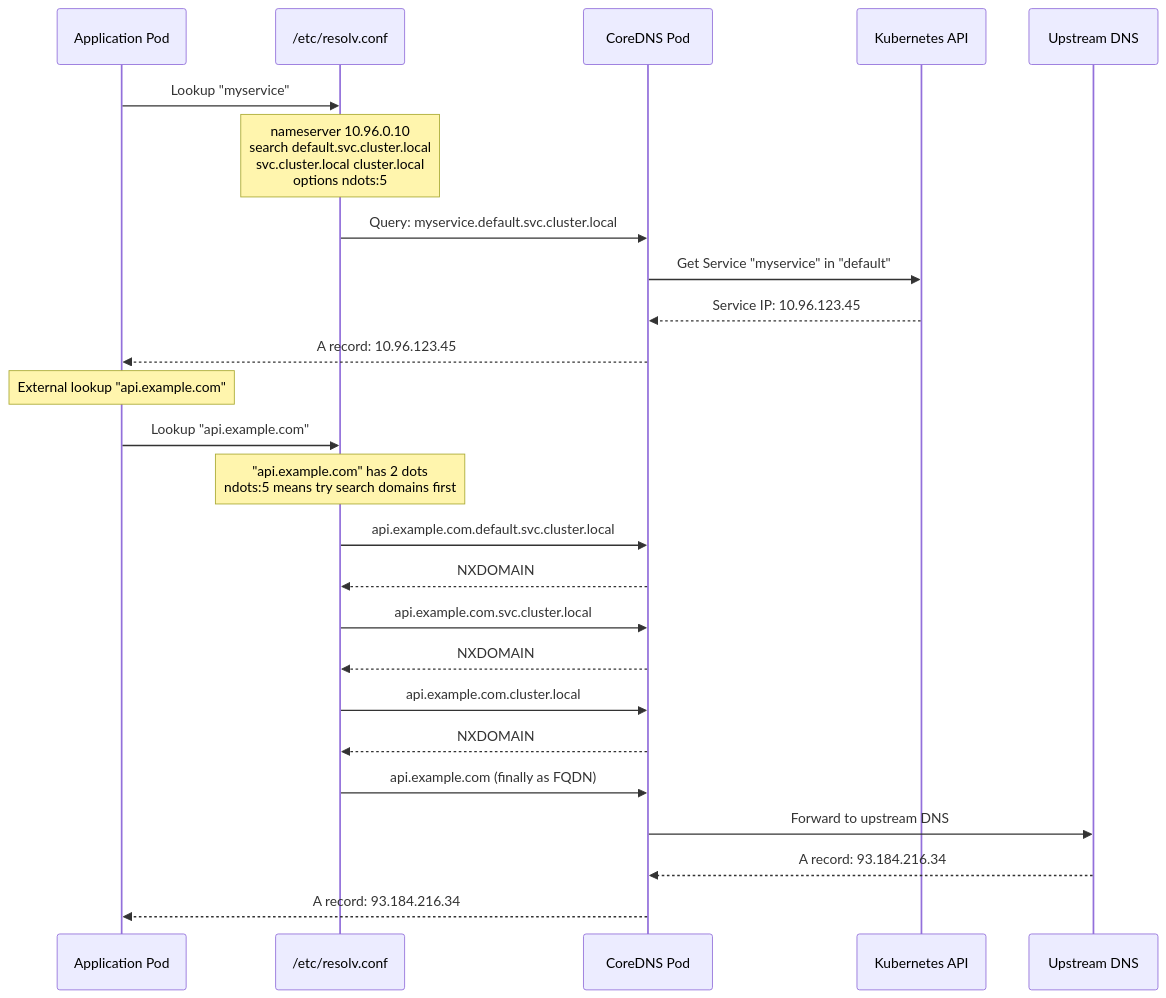
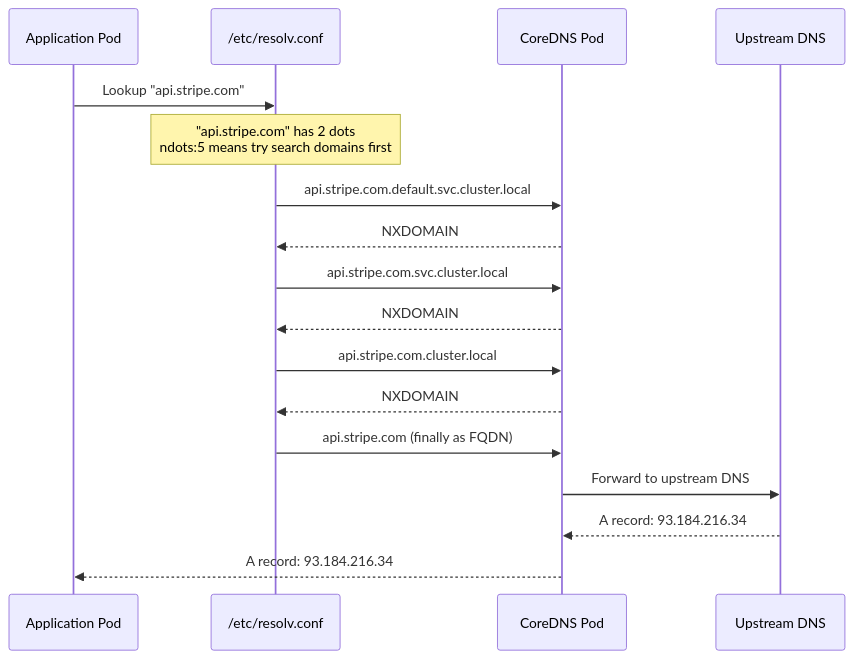
The diagram in src/content/articles/kubernetes-dns-debugging-ndots-coredns-troubleshooting/index.mdx (webstackdev/astro.webstackbuilders.com), drawn with Mermaid before and after one commit. The commit also changed other lines of this file and 4 other files, not shown here.

Commit message:
Add kubernetes-dns-debugging-ndots-coredns-troubleshooting article

````diff
--- a/src/content/articles/kubernetes-dns-debugging-ndots-coredns-troubleshooting/index.mdx
+++ b/src/content/articles/kubernetes-dns-debugging-ndots-coredns-troubleshooting/index.mdx
@@ -39,32 +27,21 @@
 ```mermaid
 sequenceDiagram
     participant App as Application Pod
     participant Resolv as /etc/resolv.conf
     participant CoreDNS as CoreDNS Pod
-    participant K8sAPI as Kubernetes API
     participant Upstream as Upstream DNS
 
-    App->>Resolv: Lookup "myservice"
-    Note over Resolv: nameserver 10.96.0.10<br/>search default.svc.cluster.local<br/>svc.cluster.local cluster.local<br/>options ndots:5
+    App->>Resolv: Lookup "api.stripe.com"
+    Note over Resolv: "api.stripe.com" has 2 dots<br/>ndots:5 means try search domains first
 
-    Resolv->>CoreDNS: Query: myservice.default.svc.cluster.local
-    CoreDNS->>K8sAPI: Get Service "myservice" in "default"
-    K8sAPI-->>CoreDNS: Service IP: 10.96.123.45
-    CoreDNS-->>App: A record: 10.96.123.45
-
-    Note over App: External lookup "api.example.com"
-    App->>Resolv: Lookup "api.example.com"
-
-    Note over Resolv: "api.example.com" has 2 dots<br/>ndots:5 means try search domains first
-
-    Resolv->>CoreDNS: api.example.com.default.svc.cluster.local
+    Resolv->>CoreDNS: api.stripe.com.default.svc.cluster.local
     CoreDNS-->>Resolv: NXDOMAIN
-    Resolv->>CoreDNS: api.example.com.svc.cluster.local
+    Resolv->>CoreDNS: api.stripe.com.svc.cluster.local
     CoreDNS-->>Resolv: NXDOMAIN
-    Resolv->>CoreDNS: api.example.com.cluster.local
+    Resolv->>CoreDNS: api.stripe.com.cluster.local
     CoreDNS-->>Resolv: NXDOMAIN
-    Resolv->>CoreDNS: api.example.com (finally as FQDN)
+    Resolv->>CoreDNS: api.stripe.com (finally as FQDN)
     CoreDNS->>Upstream: Forward to upstream DNS
     Upstream-->>CoreDNS: A record: 93.184.216.34
     CoreDNS-->>App: A record: 93.184.216.34
 ```
````
